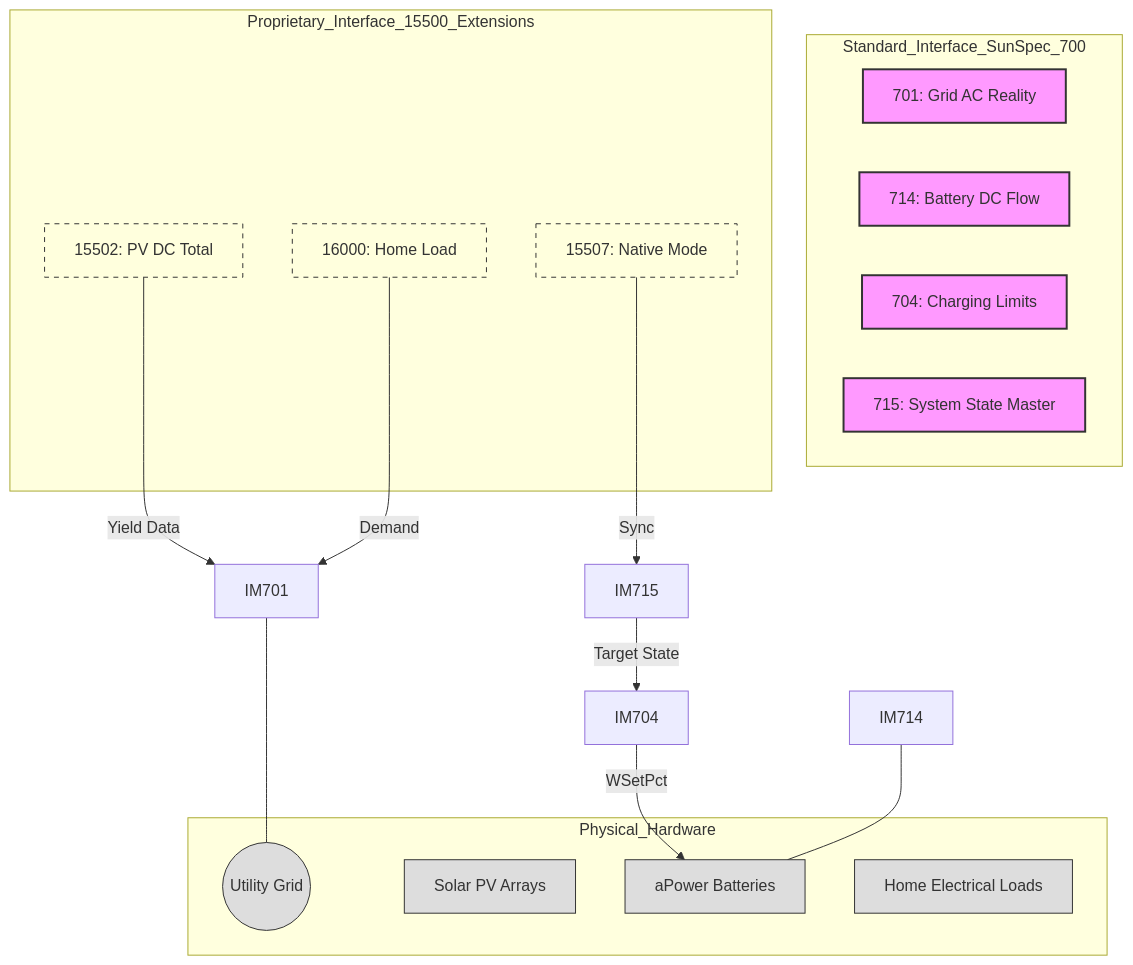
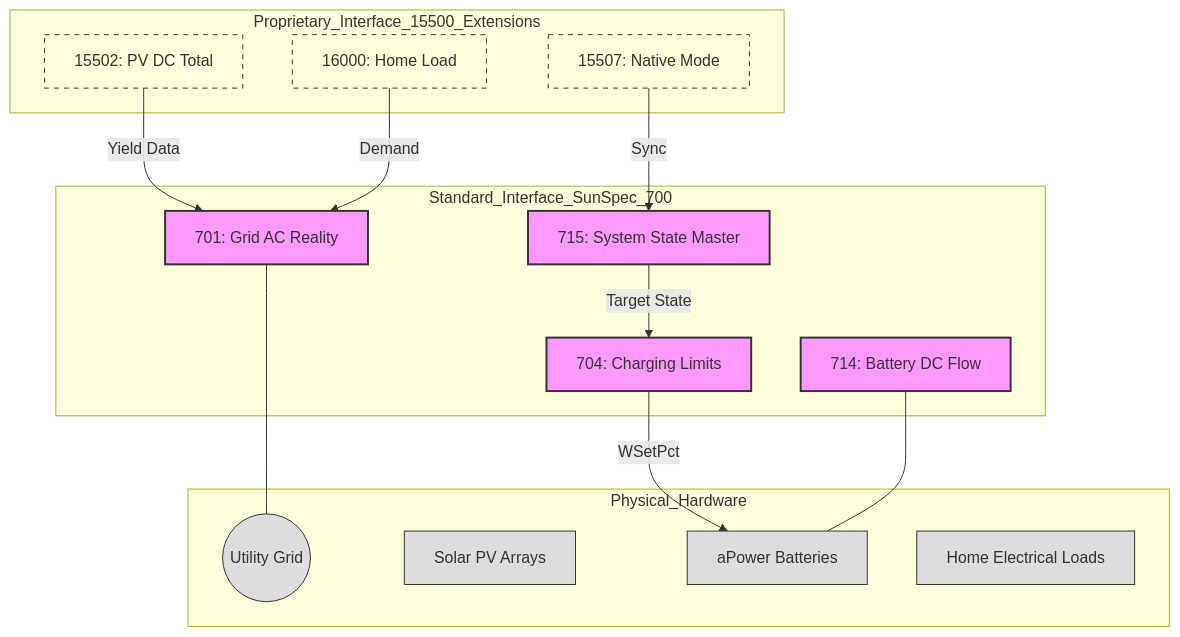
One commit to balloobbot/franklinwh-modbus changed the diagram in docs/SUNSPEC_700_INTEROP_GUIDE.md. Above: the diagram before and after it, drawn with Mermaid. The commit also changed other lines of this file and 5 other files, not shown here.

````diff
--- a/docs/SUNSPEC_700_INTEROP_GUIDE.md
+++ b/docs/SUNSPEC_700_INTEROP_GUIDE.md
@@ -19,41 +19,41 @@
 ```mermaid
 graph TD
     subgraph Standard_Interface_SunSpec_700
         M701[701: Grid AC Reality]
         M714[714: Battery DC Flow]
         M704[704: Charging Limits]
         M715[715: System State Master]
     end
 
     subgraph Proprietary_Interface_15500_Extensions
         EXT_PV[15502: PV DC Total]
         EXT_MODE[15507: Native Mode]
         EXT_LOAD[16000: Home Load]
     end
 
     subgraph Physical_Hardware
         GRID((Utility Grid))
         PV[Solar PV Arrays]
         BAT[aPower Batteries]
         LOADS[Home Electrical Loads]
     end
 
     %% Standard Logic
-    IM715 -->|Target State| IM704
-    IM704 -->|WSetPct| BAT
-    IM714 --- BAT
-    IM701 --- GRID
+    M715 -->|Target State| M704
+    M704 -->|WSetPct| BAT
+    M714 --- BAT
+    M701 --- GRID
 
     %% Extension Logic
-    EXT_PV -->|Yield Data| IM701
-    EXT_MODE -->|Sync| IM715
-    EXT_LOAD -->|Demand| IM701
+    EXT_PV -->|Yield Data| M701
+    EXT_MODE -->|Sync| M715
+    EXT_LOAD -->|Demand| M701
 
     classDef standard fill:#f9f,stroke:#333,stroke-width:2px;
     classDef extension fill:#ffd,stroke:#333,stroke-dasharray: 5 5;
     classDef physical fill:#ddd,stroke:#333;
 
     class M701,M714,M704,M715 standard;
     class EXT_PV,EXT_MODE,EXT_LOAD extension;
     class GRID,PV,BAT,LOADS physical;
 ```
````
